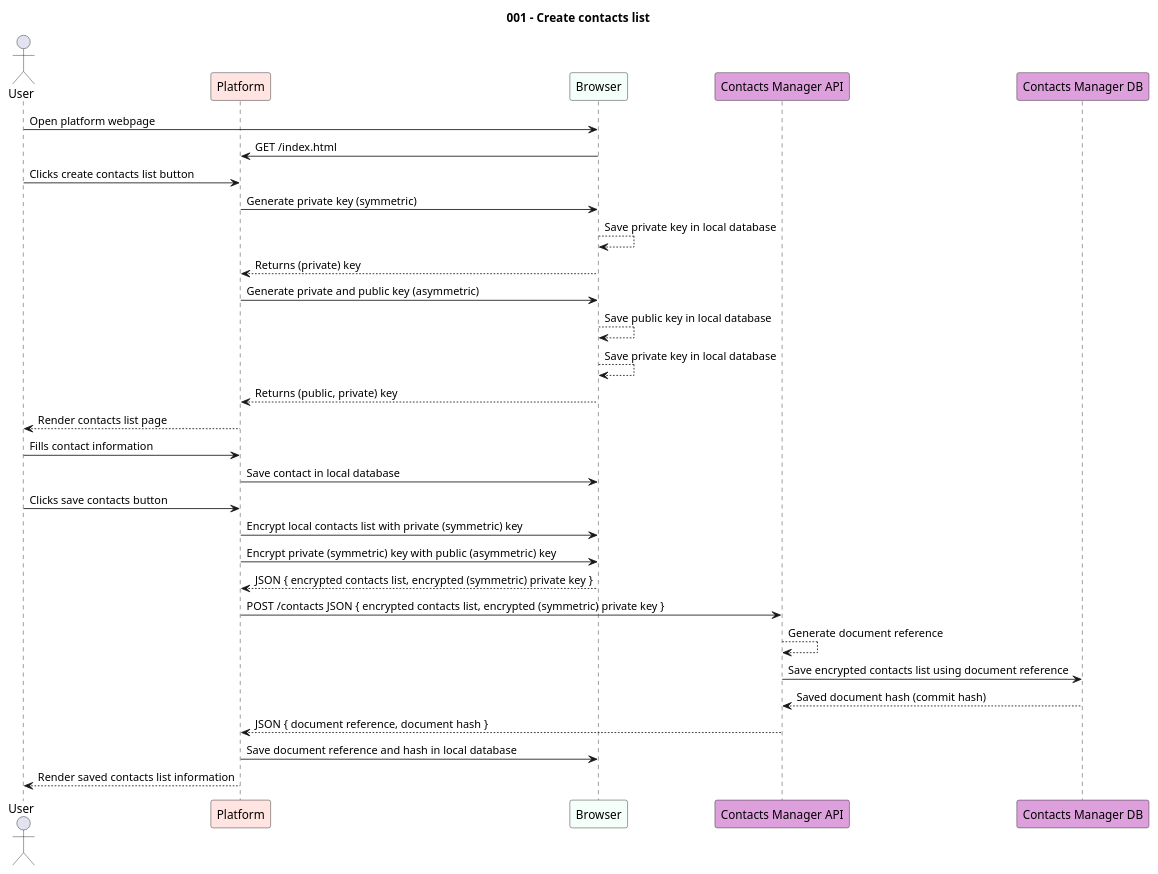
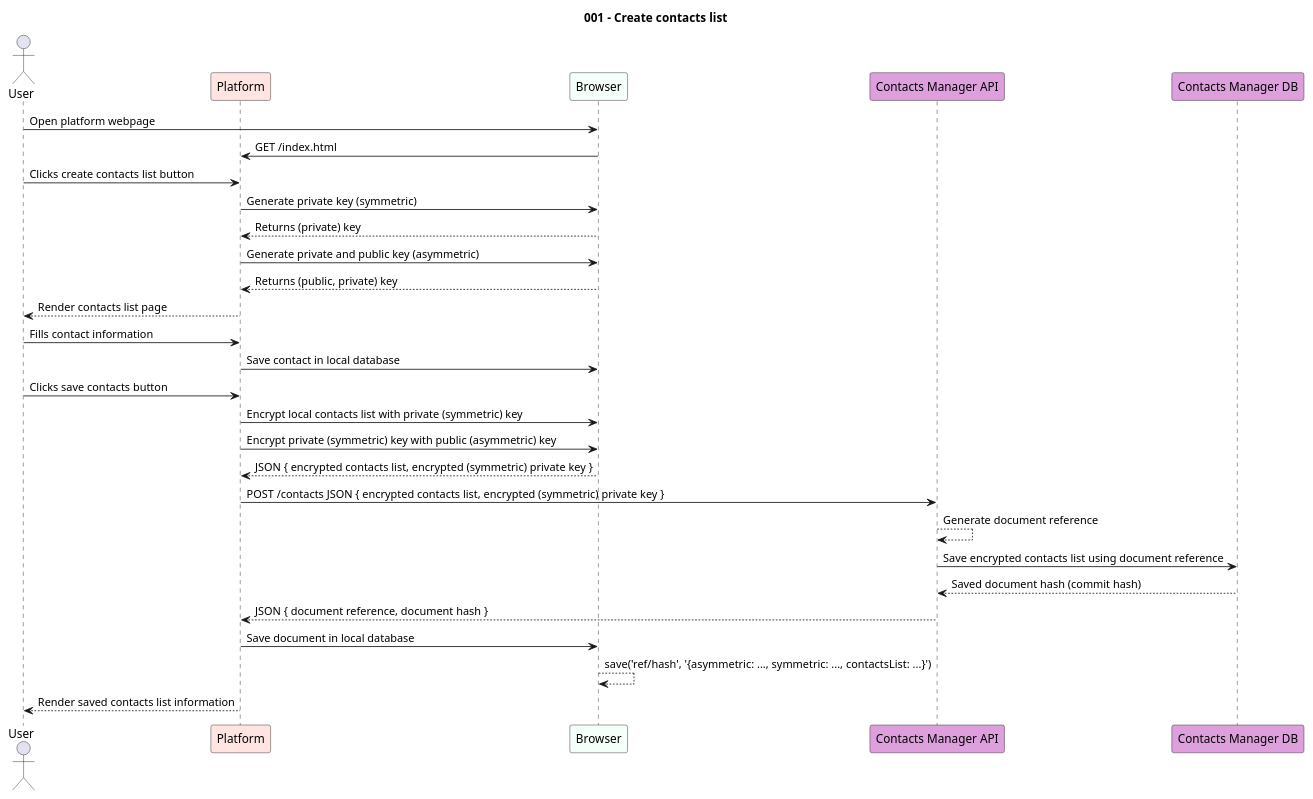
One commit to paginas-secretas/docs changed the diagram in src/usecases/puml/001-create-contacts-list.puml. Above: the diagram before and after it, drawn with PlantUML. The commit also changed 2 other files, not shown here.

Commit message:
docs(usecases): update diagrams related to the information stored in local database

```diff
--- a/src/usecases/puml/001-create-contacts-list.puml
+++ b/src/usecases/puml/001-create-contacts-list.puml
@@ -1,45 +1,43 @@
 @startuml 001-create-contacts-list
 
 title "001 - Create contacts list"
 
 actor User
 participant "Platform" as PL #MistyRose
 participant Browser #MintCream
 participant "Contacts Manager API" as CNT #Plum
 participant "Contacts Manager DB" as CNT_DB #Plum
 
 User -> Browser : Open platform webpage
 Browser -> PL : GET /index.html
 
 User -> PL: Clicks create contacts list button
 
 PL -> Browser: Generate private key (symmetric)
-Browser --> Browser: Save private key in local database
 Browser --> PL: Returns (private) key
 
 PL -> Browser: Generate private and public key (asymmetric)
-Browser --> Browser: Save public key in local database
-Browser --> Browser: Save private key in local database
 Browser --> PL: Returns (public, private) key
 
 PL --> User: Render contacts list page
 
 User -> PL: Fills contact information
 PL -> Browser: Save contact in local database
 
 User -> PL: Clicks save contacts button
 
 PL -> Browser: Encrypt local contacts list with private (symmetric) key
 PL -> Browser: Encrypt private (symmetric) key with public (asymmetric) key
 Browser --> PL: JSON { encrypted contacts list, encrypted (symmetric) private key }
 
 PL -> CNT: POST /contacts JSON { encrypted contacts list, encrypted (symmetric) private key }
 CNT --> CNT: Generate document reference
 CNT -> CNT_DB: Save encrypted contacts list using document reference
 CNT_DB --> CNT: Saved document hash (commit hash)
 CNT --> PL: JSON { document reference, document hash }
 
-PL -> Browser: Save document reference and hash in local database
+PL -> Browser: Save document in local database 
+Browser --> Browser: save('ref/hash', '{asymmetric: ..., symmetric: ..., contactsList: ...}')
 PL --> User: Render saved contacts list information
 
 @enduml
```
